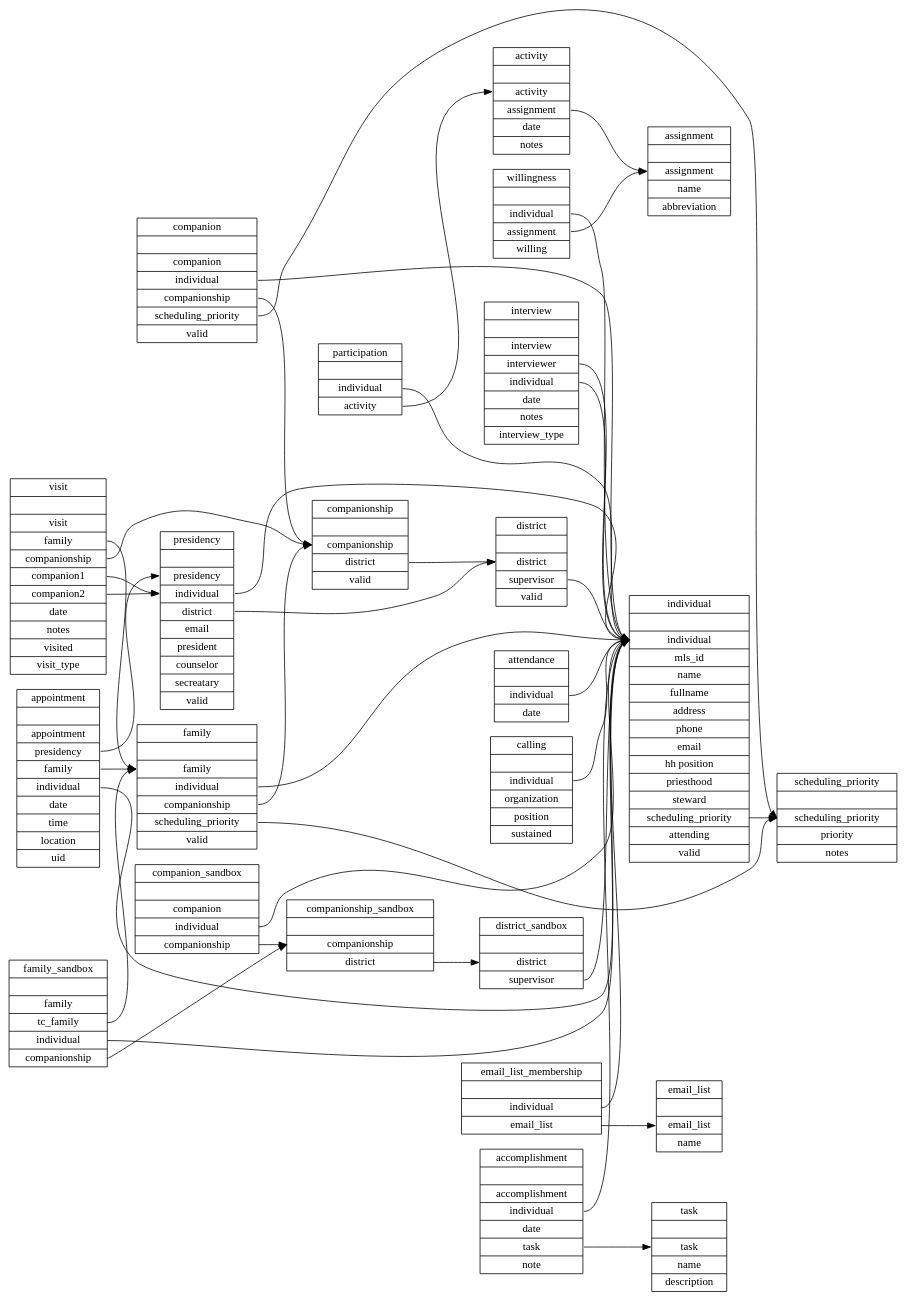
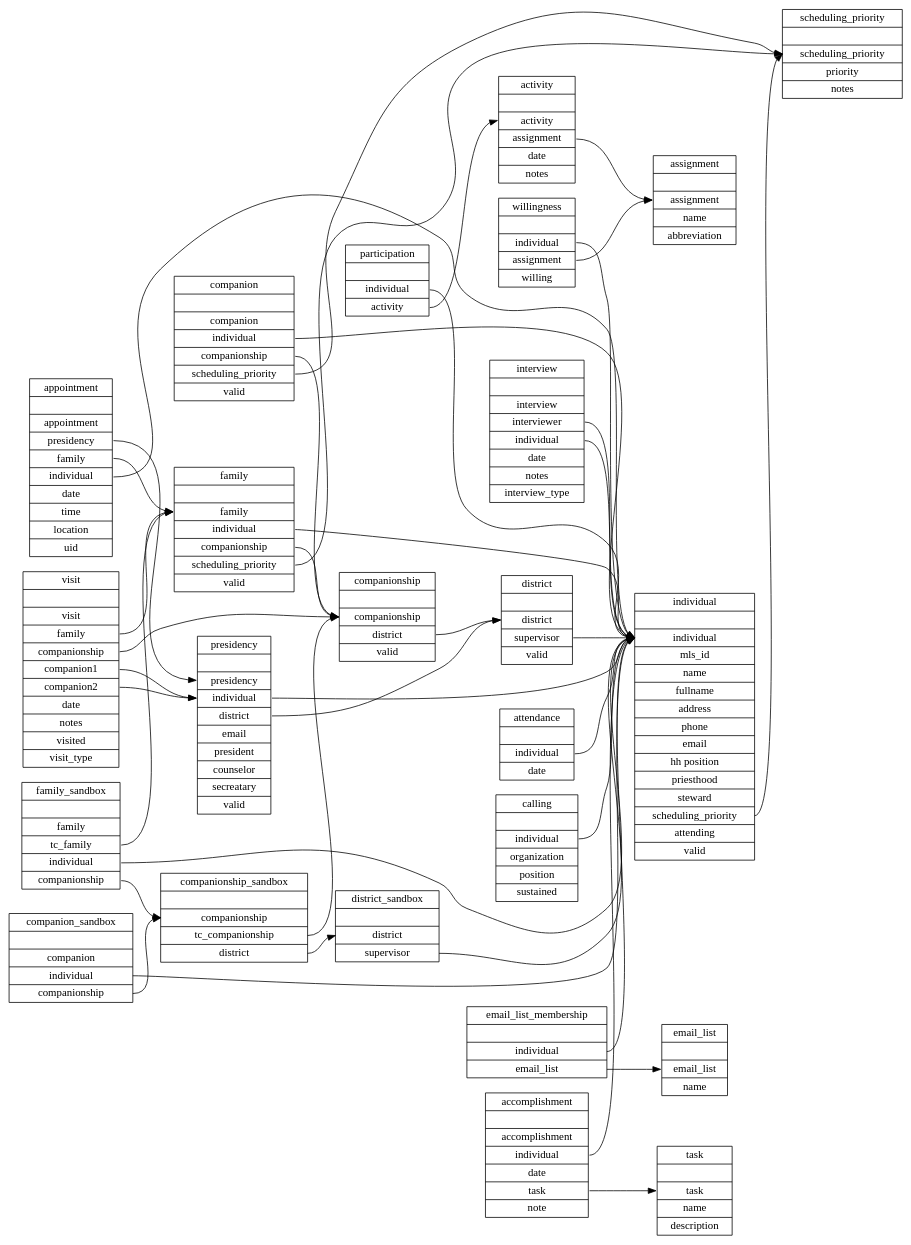
One commit to apippin/tc changed the diagram in sql/schema.dot. Above: the diagram before and after it, drawn with Graphviz. The commit also changed 4 other files, not shown here.

Commit message:
made sandbox configurable so that you can show either all visits for the family, or only the visit stats the companionship is accountable for

```diff
--- a/sql/schema.dot
+++ b/sql/schema.dot
@@ -1,157 +1,158 @@
 digraph schema {
   graph [
     rankdir = "LR"
   ];
   activity   [
     label = "activity||<a> activity|<s> assignment|<t> date|<n> notes"
     shape = "record"
   ];
   appointment   [
     label = "appointment||<a> appointment|<p> presidency|<f> family|<i> individual |<d> date|<t> time|<l> location|<u> uid"
     shape = "record"
   ];
   assignment    [
     label = "assignment||<a> assignment|<n> name|<ab> abbreviation"
     shape = "record"
   ];
   attendance   [
     label = "attendance||<i> individual|<d> date"
     shape = "record"
   ];
   calling       [
     label = "calling||<i> individual|<o> organization|<p> position|<s> sustained"
     shape = "record"
   ];
   companion   [
     label = "companion||<c> companion|<i> individual|<cp> companionship|<sp> scheduling_priority|<v> valid"
     shape = "record"
   ];
   companionship   [
     label = "companionship||<c> companionship|<d> district|<v> valid"
     shape = "record"
   ];
   district      [
     label = "district||<d> district|<s> supervisor|<v> valid"
     shape = "record"
   ];
   individual   [
     label = "individual||<i> individual|<id> mls_id|<n> name|<fn> fullname|<a> address|<p> phone|<em> email|<hh> hh position|<pr> priesthood|<st> steward|<sp> scheduling_priority|<a> attending|<v> valid"
     shape = "record"
   ];
   family   [
     label = "family||<f> family|<i> individual|<c> companionship|<sp> scheduling_priority|<v> valid"
     shape = "record"
   ];
   participation   [
     label = "participation||<i> individual|<a> activity"
     shape = "record"
   ];
   interview   [
     label = "interview||<in> interview|<i> interviewer|<il> individual|<t> date|<n> notes|<it> interview_type"
     shape = "record"
   ];
   presidency    [
     label = "presidency||<p> presidency|<i> individual|<d> district|<em> email|<pr> president|<cn> counselor|<sec> secreatary|<v> valid"
     shape = "record"
   ];
   visit   [
     label = "visit||<v> visit|<f> family|<c> companionship|<c1> companion1|<c2> companion2|<t> date|<n> notes|<v> visited|<vt> visit_type"
     shape = "record"
   ];
   willingness   [
     label = "willingness||<i> individual|<a> assignment|<w> willing"
     shape = "record"
   ];
   scheduling_priority   [
     label = "scheduling_priority||<sp> scheduling_priority|<p> priority|<n> notes"
     shape = "record"
   ];
   email_list   [
     label = "email_list||<e> email_list|<n> name"
     shape = "record"
   ];
   email_list_membership   [
     label = "email_list_membership||<i> individual|<e> email_list"
     shape = "record"
   ];
   accomplishment   [
     label = "accomplishment||<a> accomplishment|<i> individual|<d> date|<t> task|<n> note"
     shape = "record"
   ];
   task   [
     label = "task||<t> task|<n> name|<d> description"
     shape = "record"
   ];
   district_sandbox   [
     label = "district_sandbox||<d> district|<s> supervisor"
     shape = "record"
   ];
   companion_sandbox   [
     label = "companion_sandbox||<c> companion|<i> individual|<cp> companionship"
     shape = "record"
   ];
   companionship_sandbox   [
-    label = "companionship_sandbox||<cp> companionship|<d> district"
+    label = "companionship_sandbox||<cp> companionship|<tcp> tc_companionship|<d> district"
     shape = "record"
   ];
   family_sandbox   [
     label = "family_sandbox||<f> family|<tcf> tc_family|<i> individual|<cp> companionship"
     shape = "record"
   ];
 
   activity:s      -> assignment:a
 
   appointment:p   -> presidency:p
   appointment:f   -> family:f
   appointment:i   -> individual:i
 
   attendance:i    -> individual:i
   
   calling:i       -> individual:i
 
   companion:cp    -> companionship:c
   companion:i     -> individual:i
   companion:sp    -> scheduling_priority:sp
 
   companionship:d -> district:d
   
   district:s      -> individual:i
   
   individual:sp   -> scheduling_priority:sp
   
   family:i        -> individual:i
   family:c        -> companionship:c
   family:sp       -> scheduling_priority:sp
 
   participation:i -> individual:i
   participation:a -> activity:a
 
   interview:il    -> individual:i
   interview:i     -> individual:i
 
   presidency:i    -> individual:i
   presidency:d    -> district:d
 
   visit:c         -> companionship:c
   visit:f         -> family:f
   visit:c1        -> presidency:i
   visit:c2        -> presidency:i
 
   willingness:i   -> individual:i
   willingness:a   -> assignment:a
 
   email_list_membership:i  -> individual:i
   email_list_membership:e  -> email_list:e
   
   accomplishment:i   -> individual:i
   accomplishment:t   -> task:t
  
   district_sandbox:s      -> individual:i
   companion_sandbox:i     -> individual:i
   companion_sandbox:cp    -> companionship_sandbox:cp
+  companionship_sandbox:tcp -> companionship:c
   companionship_sandbox:d -> district_sandbox:d
   family_sandbox:tcf      -> family:f
   family_sandbox:i        -> individual:i
   family_sandbox:cp       -> companionship_sandbox:cp
   
 }
```
